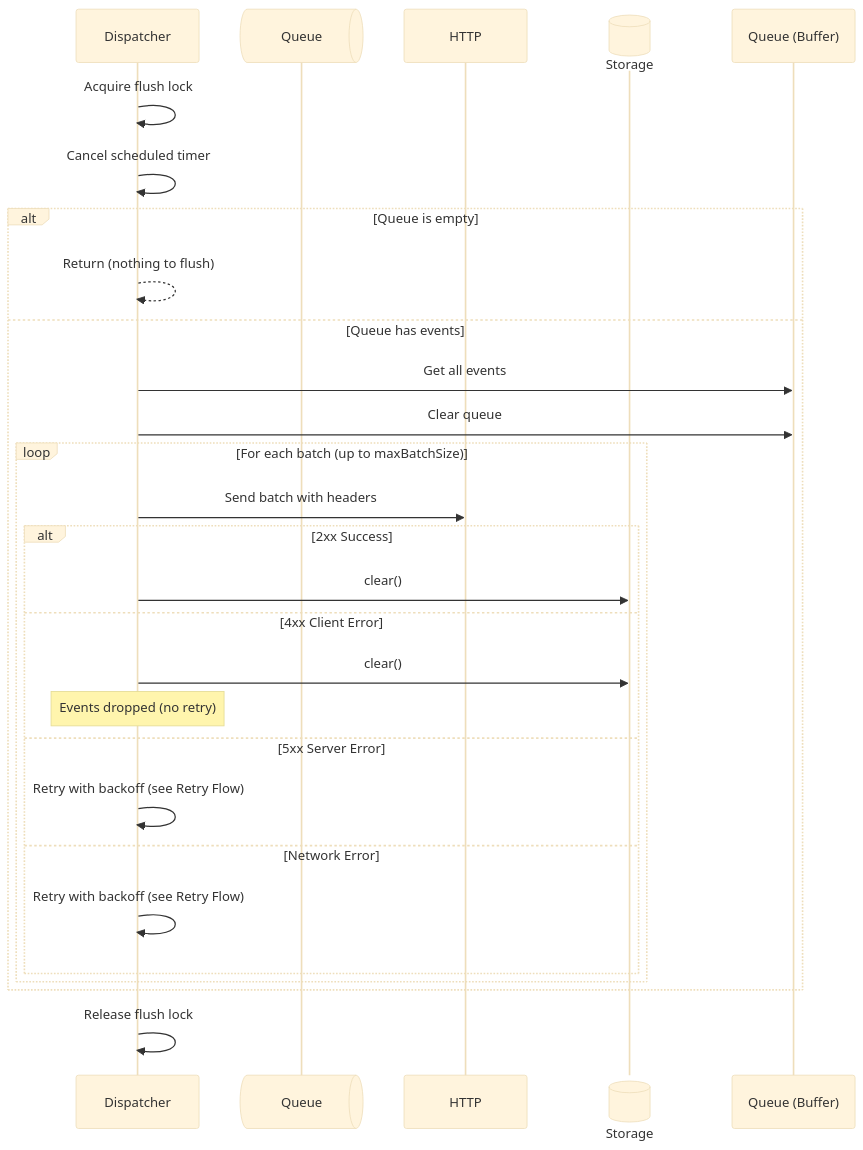
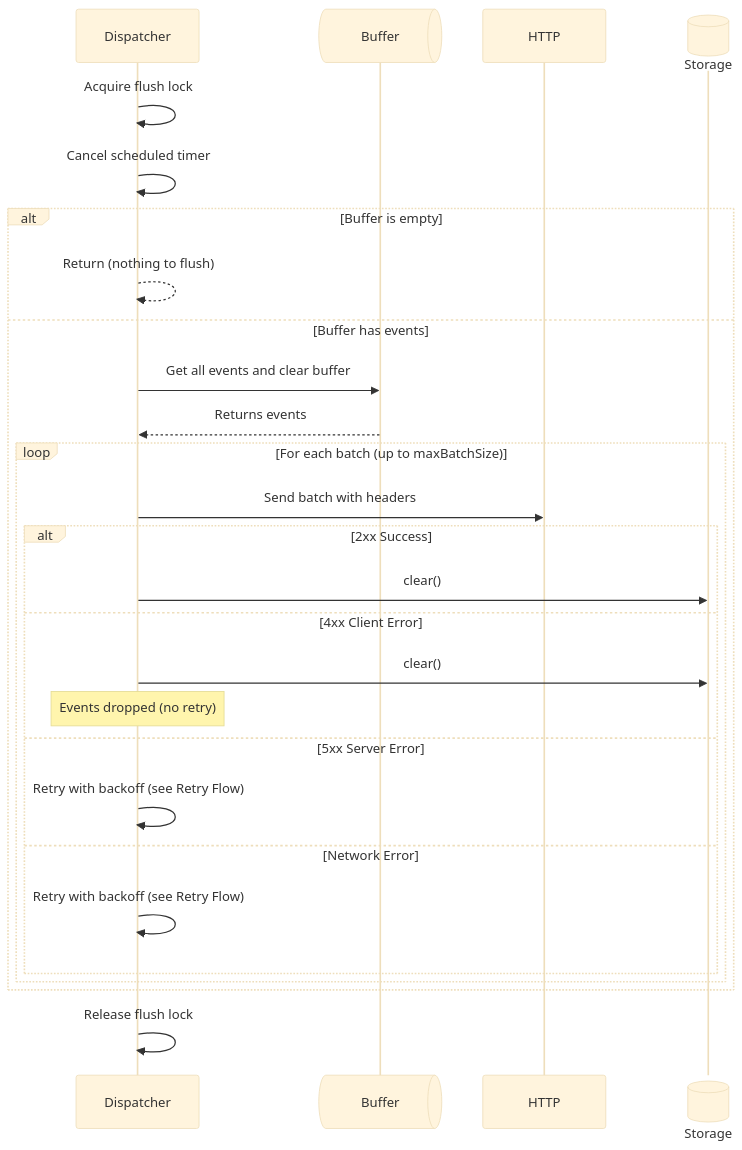
The third of 9 diagrams in DESIGN_AND_CONTRACTS.md (Tap30/ripple), drawn with Mermaid (base theme) before and after one commit. The commit also changed other lines of this file, not shown here.

Commit message:
Refactor queue to buffer in design document

````diff
--- a/DESIGN_AND_CONTRACTS.md
+++ b/DESIGN_AND_CONTRACTS.md
@@ -296,30 +298,30 @@
 ```mermaid
 sequenceDiagram
     participant Dispatcher
-    participant Queue@{ "type" : "queue" }
+    participant Buffer@{ "type" : "queue" }
     participant HTTP
     participant Storage@{ "type" : "database" }
 
     Dispatcher->>Dispatcher: Acquire flush lock
     Dispatcher->>Dispatcher: Cancel scheduled timer
-    alt Queue is empty
+    alt Buffer is empty
         Dispatcher-->>Dispatcher: Return (nothing to flush)
-    else Queue has events
-        Dispatcher->>Queue (Buffer): Get all events
-        Dispatcher->>Queue (Buffer): Clear queue
+    else Buffer has events
+        Dispatcher->>Buffer: Get all events and clear buffer
+        Buffer-->>Dispatcher: Returns events
         loop For each batch (up to maxBatchSize)
             Dispatcher->>HTTP: Send batch with headers
             alt 2xx Success
                 Dispatcher->>Storage: clear()
             else 4xx Client Error
                 Dispatcher->>Storage: clear()
                 Note over Dispatcher: Events dropped (no retry)
             else 5xx Server Error
                 Dispatcher->>Dispatcher: Retry with backoff (see Retry Flow)
             else Network Error
                 Dispatcher->>Dispatcher: Retry with backoff (see Retry Flow)
             end
         end
     end
     Dispatcher->>Dispatcher: Release flush lock
 ```
````
